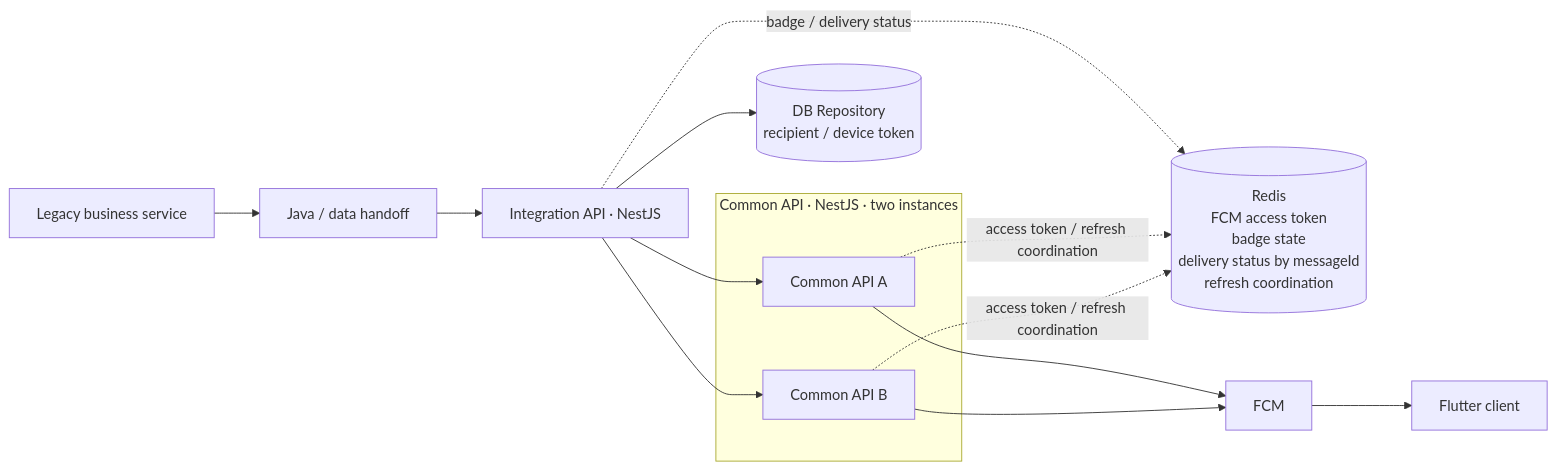
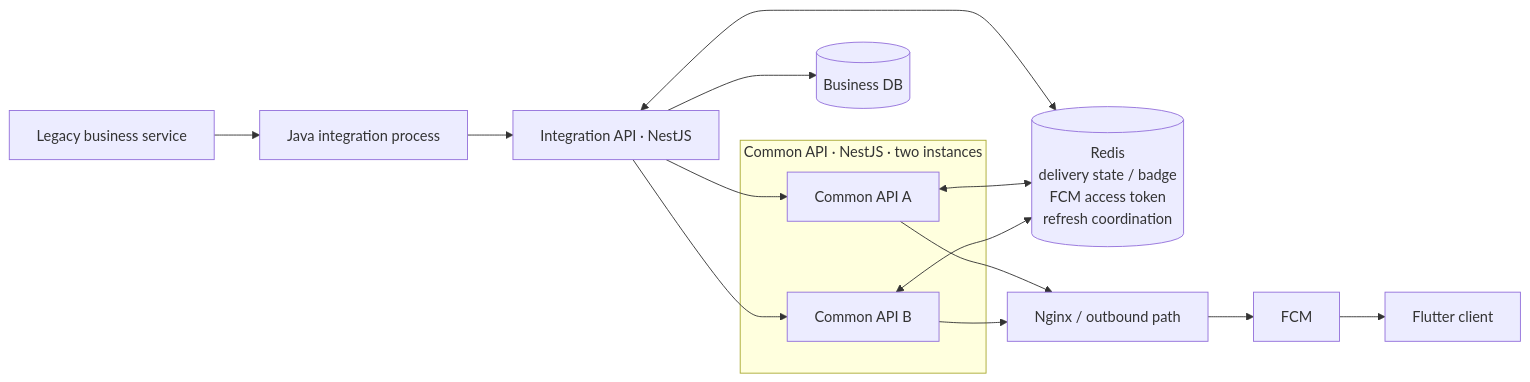
The diagram in docs/en/02-experience-architecture.md (clsung7911/reliable-messaging-platform), drawn with Mermaid before and after one commit. The commit also changed other lines of this file and 38 other files, not shown here.

````diff
--- a/docs/en/02-experience-architecture.md
+++ b/docs/en/02-experience-architecture.md
@@ -5,27 +5,30 @@
 ```mermaid
 flowchart LR
     L[Legacy business service]
-    J[Java / data handoff]
+    J[Java integration process]
     M[Integration API · NestJS]
-    DB[(DB Repository<br/>recipient / device token)]
+    DB[(Business DB)]
+    R[(Redis<br/>delivery state / badge<br/>FCM access token<br/>refresh coordination)]
 
     subgraph COMMON[Common API · NestJS · two instances]
         C1[Common API A]
         C2[Common API B]
     end
 
-    R[(Redis<br/>FCM access token<br/>badge state<br/>delivery status by messageId<br/>refresh coordination)]
+    N[Nginx / outbound path]
     F[FCM]
     D[Flutter client]
 
-    L --> J --> M
+    L --> J
+    J --> M
     M --> DB
+    M <--> R
     M --> C1
     M --> C2
-    M -. badge / delivery status .-> R
-    C1 -. access token / refresh coordination .-> R
-    C2 -. access token / refresh coordination .-> R
-    C1 --> F
-    C2 --> F
+    C1 <--> R
+    C2 <--> R
+    C1 --> N
+    C2 --> N
+    N --> F
     F --> D
 ```
````
